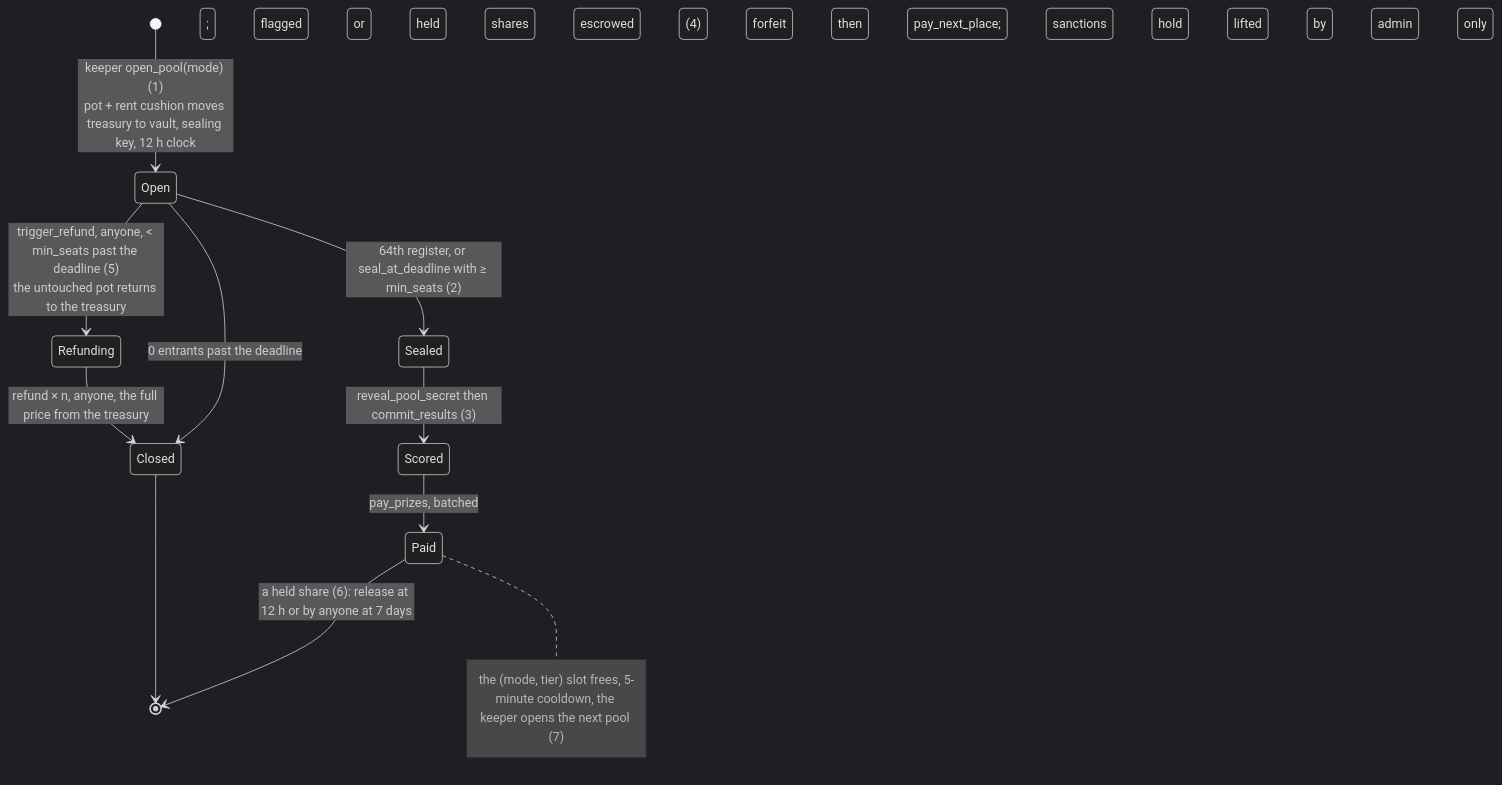
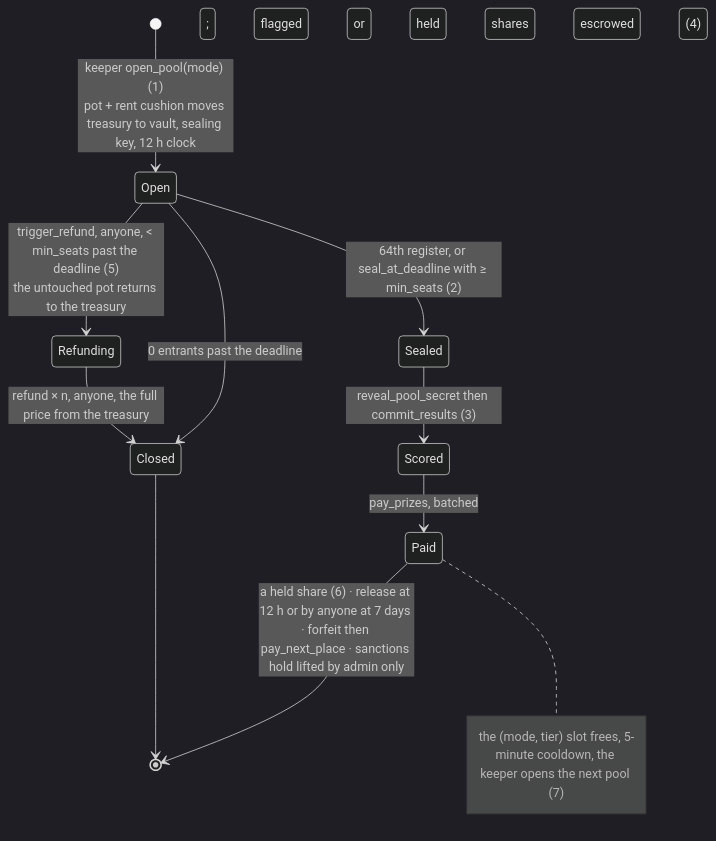
Before and after one commit to tomtblock/blotto: the third of 7 diagrams in docs/architecture/DIAGRAMS.md, drawn with Mermaid (dark theme). The commit also changed other lines of this file, not shown here.

First line of the commit message:
DIAGRAMS.md: Figures 2 and 3 render again, and Figure 4 follows the crank's real order

````diff
--- a/docs/architecture/DIAGRAMS.md
+++ b/docs/architecture/DIAGRAMS.md
@@ -157,13 +157,13 @@
 ```mermaid
 stateDiagram-v2
   [*] --> Open: keeper open_pool(mode) (1)<br/>pot + rent cushion moves treasury to vault, sealing key, 12 h clock
   Open --> Sealed: 64th register, or seal_at_deadline with ≥ min_seats (2)
   Sealed --> Scored: reveal_pool_secret then commit_results (3)
   Scored --> Paid: pay_prizes, batched; flagged or held shares escrowed (4)
   Open --> Refunding: trigger_refund, anyone, < min_seats past the deadline (5)<br/>the untouched pot returns to the treasury
   Open --> Closed: 0 entrants past the deadline
   Refunding --> Closed: refund × n, anyone, the full price from the treasury
-  Paid --> [*]: a held share (6): release at 12 h or by anyone at 7 days; forfeit then pay_next_place; sanctions hold lifted by admin only
+  Paid --> [*]: a held share (6) · release at 12 h or by anyone at 7 days · forfeit then pay_next_place · sanctions hold lifted by admin only
   Closed --> [*]
   note right of Paid: the (mode, tier) slot frees, 5-minute cooldown, the keeper opens the next pool (7)
 ```
````
